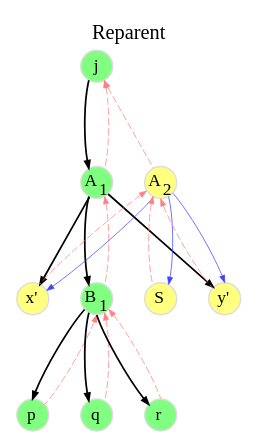
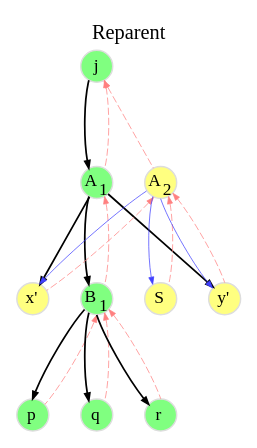
One commit to flatcap/dparted changed the diagram in docs/rcu/delete/d4.gv. Above: the diagram before and after it, drawn with Graphviz. The commit also changed 10 other files, not shown here.

```diff
--- a/docs/rcu/delete/d4.gv
+++ b/docs/rcu/delete/d4.gv
@@ -1,65 +1,93 @@
 digraph delete {
 	graph [
 		rankdir="TB"
 		bgcolor="white"
 		color="white"
 		nodesep="0.3"
 		ranksep="0.8"
 		labelloc="t"
 		label="Reparent"
 	];
 
 	node [
 		fontsize="12"
 		style="filled"
 		width="0.3"
 		height="0.3"
 		fixedsize="true"
 		penwidth="1.0"
 		color="#DDDDDD"
-		fillcolor="#80ff80"
 	];
 
 	edge [
 		penwidth="0.5"
 		color="#000000"
 		arrowsize="0.5"
 	];
 
 
-	D_j  [ label=<j>                                 ];
-	D_a1 [ label=<A<SUB>1</SUB>>                     ];
-	D_x  [ label=<x'>            fillcolor="#ffff80" ];
-	D_b1 [ label=<B<SUB>1</SUB>>                     ];
-	D_s  [ label=<S>             fillcolor="#ffff80" ];
-	D_y  [ label=<y'>            fillcolor="#ffff80" ];
-	D_p  [ label=<p>                                 ];
-	D_q  [ label=<q>                                 ];
-	D_r  [ label=<r>                                 ];
-	D_a2 [ label=<A<SUB>2</SUB>> fillcolor="#ffff80" ];
+	node [	// original
+		fillcolor="#80ff80"
+	];
 
-	D_j  -> D_a1 [ penwidth=1.2 ];
-	D_a1 -> D_x  [ penwidth=1.2 ];
-	D_a1 -> D_b1 [ penwidth=1.2 ];
-	D_a1 -> D_y  [ penwidth=1.2 ];
-	D_b1 -> D_p  [ penwidth=1.2 ];
-	D_b1 -> D_q  [ penwidth=1.2 ];
-	D_b1 -> D_r  [ penwidth=1.2 ];
+	D_j  [ label=<j>             ];
+	D_a1 [ label=<A<SUB>1</SUB>> ];
+	D_b1 [ label=<B<SUB>1</SUB>> ];
+	D_p  [ label=<p>             ];
+	D_q  [ label=<q>             ];
+	D_r  [ label=<r>             ];
 
-	D_j  -> D_a1 [ dir=back color="#ff8080" style=dashed ];
-	D_j  -> D_a2 [ dir=back color="#ff8080" style=dashed ];
-	D_a2 -> D_x  [ dir=back color="#ff8080" style=dashed ];
-	D_a1 -> D_b1 [ dir=back color="#ff8080" style=dashed ];
-	D_a2 -> D_y  [ dir=back color="#ff8080" style=dashed ];
-	D_b1 -> D_p  [ dir=back color="#ff8080" style=dashed ];
-	D_b1 -> D_q  [ dir=back color="#ff8080" style=dashed ];
-	D_b1 -> D_r  [ dir=back color="#ff8080" style=dashed ];
-	D_a2 -> D_s  [ dir=back color="#ff8080" style=dashed ];
+	node [	// changed
+		fillcolor="#ffff80"
+	];
 
-	D_a2 -> D_x  [ color="#4040ff" ];
-	D_a2 -> D_s  [ color="#4040ff" ];
-	D_a2 -> D_y  [ color="#4040ff" ];
+	D_x  [ label=<x'>            ];
+	D_s  [ label=<S>             ];
+	D_y  [ label=<y'>            ];
+	D_a2 [ label=<A<SUB>2</SUB>> ];
 
-	D_x -> D_b1 -> D_s -> D_y [ style=invis ];
+	edge [	// main line
+		penwidth=1.2;
+	];
+
+	D_j  -> D_a1;
+	D_a1 -> D_x;
+	D_a1 -> D_b1;
+	D_a1 -> D_y;
+	D_b1 -> D_p;
+	D_b1 -> D_q;
+	D_b1 -> D_r;
+
+	edge [	// copy
+		penwidth=0.5;
+		color="#4040ff";
+	];
+
+	D_a2 -> D_x;
+	D_a2 -> D_s;
+	D_a2 -> D_y;
+
+	edge [	// parent
+		dir=back;
+		penwidth=0.5;
+		color="#ff8080";
+		style=dashed;
+	];
+
+	D_j  -> D_a1;
+	D_j  -> D_a2;
+	D_a2 -> D_x;
+	D_a1 -> D_b1;
+	D_a2 -> D_y;
+	D_b1 -> D_p;
+	D_b1 -> D_q;
+	D_b1 -> D_r;
+	D_a2 -> D_s;
+
+	edge [	// invisible
+		style=invis;
+	];
+
+	D_x -> D_b1 -> D_s -> D_y;
 	{ rank=same D_x D_b1 D_s D_y }
 }
```
